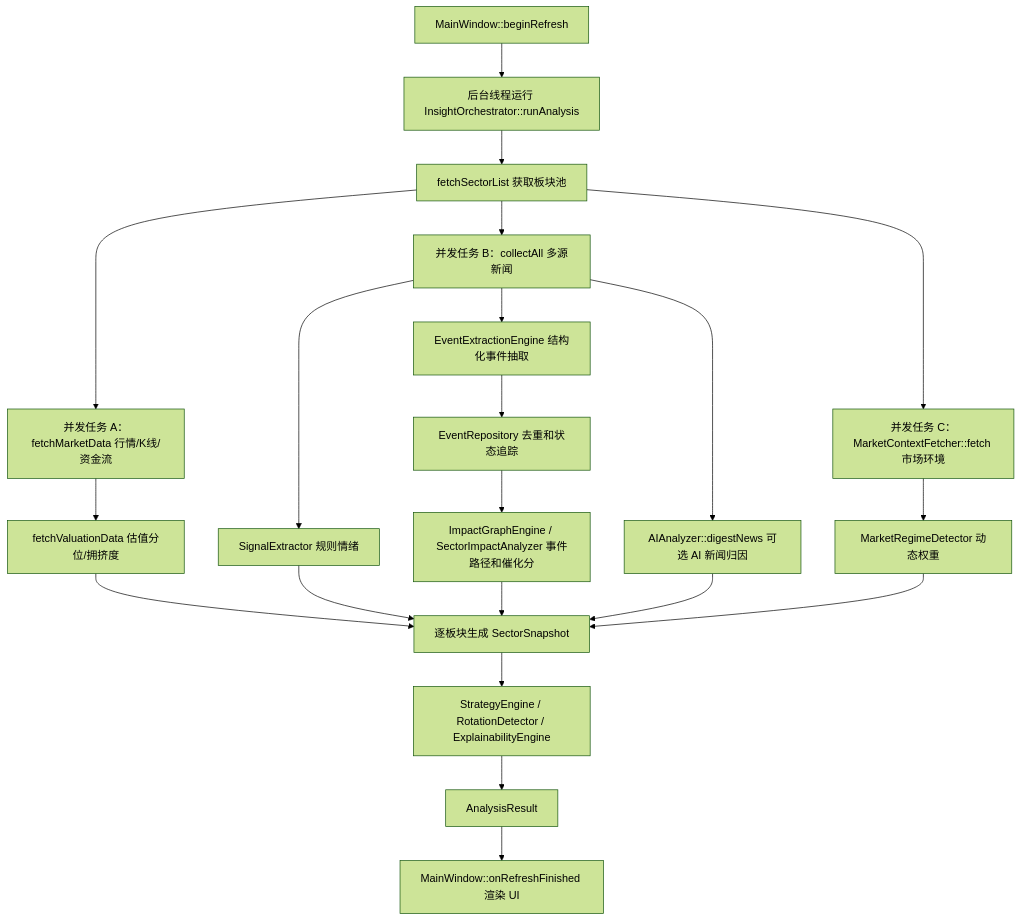
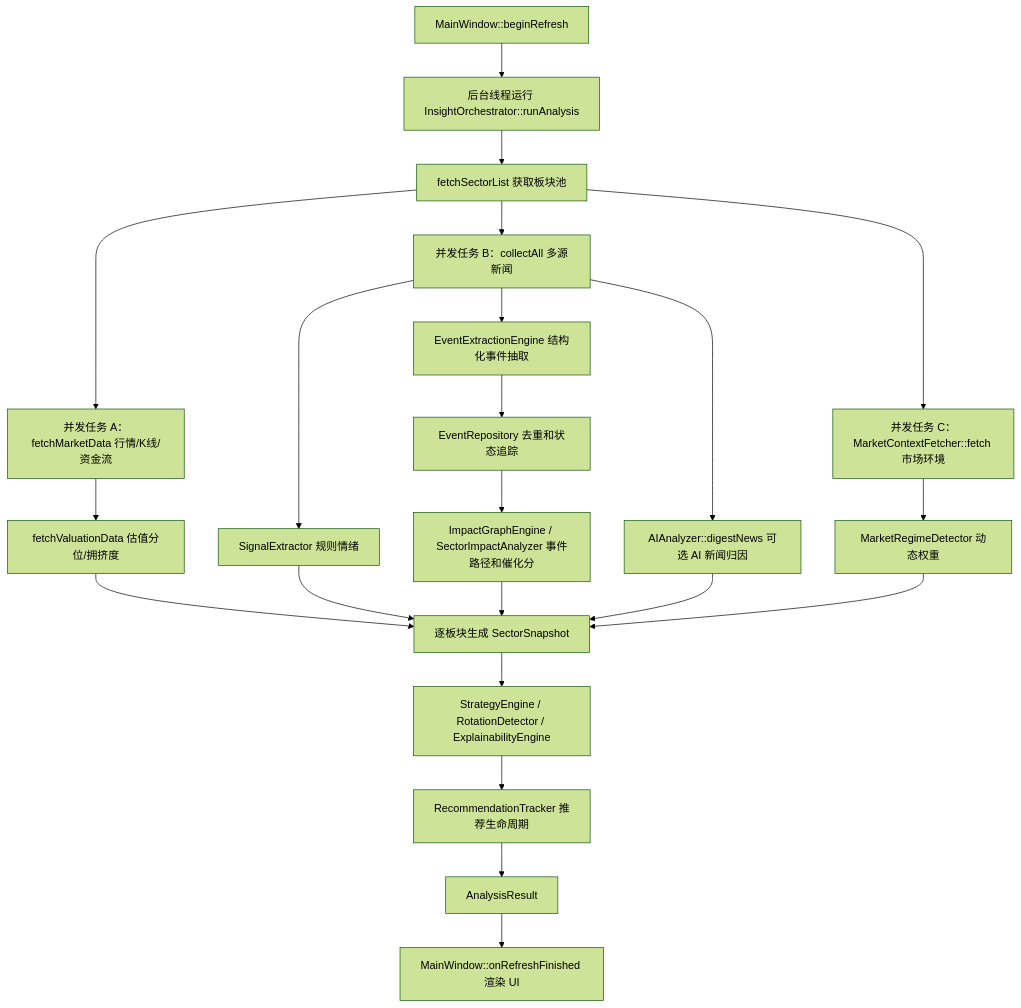
One commit to WavesTop/investmentTools changed the diagram in docs/codex/PROJECT_CONTEXT.md. Above: the diagram before and after it, drawn with Mermaid (forest theme). The commit also changed other lines of this file and 10 other files, not shown here.

````diff
--- a/docs/codex/PROJECT_CONTEXT.md
+++ b/docs/codex/PROJECT_CONTEXT.md
@@ -103,23 +107,24 @@
 ```mermaid
 flowchart TD
     A["MainWindow::beginRefresh"] --> B["后台线程运行 InsightOrchestrator::runAnalysis"]
     B --> C["fetchSectorList 获取板块池"]
     C --> D["并发任务 A：fetchMarketData 行情/K线/资金流"]
     C --> E["并发任务 B：collectAll 多源新闻"]
     C --> F["并发任务 C：MarketContextFetcher::fetch 市场环境"]
     E --> G["SignalExtractor 规则情绪"]
     E --> EV["EventExtractionEngine 结构化事件抽取"]
     EV --> ER["EventRepository 去重和状态追踪"]
     ER --> EG["ImpactGraphEngine / SectorImpactAnalyzer 事件路径和催化分"]
     E --> H["AIAnalyzer::digestNews 可选 AI 新闻归因"]
     D --> I["fetchValuationData 估值分位/拥挤度"]
     F --> J["MarketRegimeDetector 动态权重"]
     G --> K["逐板块生成 SectorSnapshot"]
     H --> K
     I --> K
     J --> K
     EG --> K
     K --> L["StrategyEngine / RotationDetector / ExplainabilityEngine"]
-    L --> M["AnalysisResult"]
+    L --> RT["RecommendationTracker 推荐生命周期"]
+    RT --> M["AnalysisResult"]
     M --> N["MainWindow::onRefreshFinished 渲染 UI"]
 ```
````
